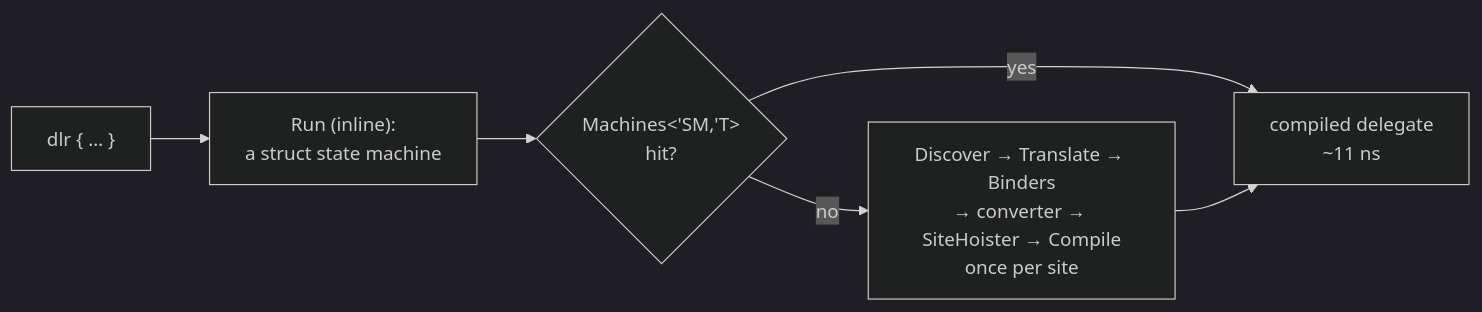
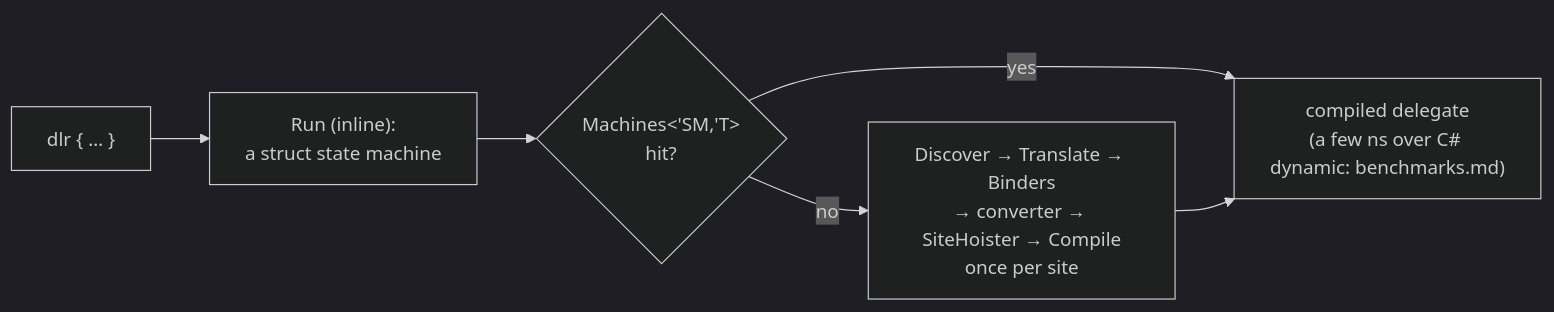
Before and after one commit to ekonbenefits/FSharp.Interop.Dlr: the diagram in docs/internals.md, drawn with Mermaid (dark theme). The commit also changed 4 other files, not shown here.

````diff
--- a/docs/internals.md
+++ b/docs/internals.md
@@ -6,6 +6,6 @@
 ```mermaid
 flowchart LR
     src["dlr { … }"] --> run["Run (inline):<br/>a struct state machine"] --> sites{"Machines&lt;'SM,'T&gt;<br/>hit?"}
-    sites -- yes --> inv["compiled delegate<br/>~11 ns"]
+    sites -- yes --> inv["compiled delegate<br/>(a few ns over C# dynamic: benchmarks.md)"]
     sites -- no --> comp["Discover → Translate → Binders<br/>→ converter → SiteHoister → Compile<br/>once per site"] --> inv
 ```
````
